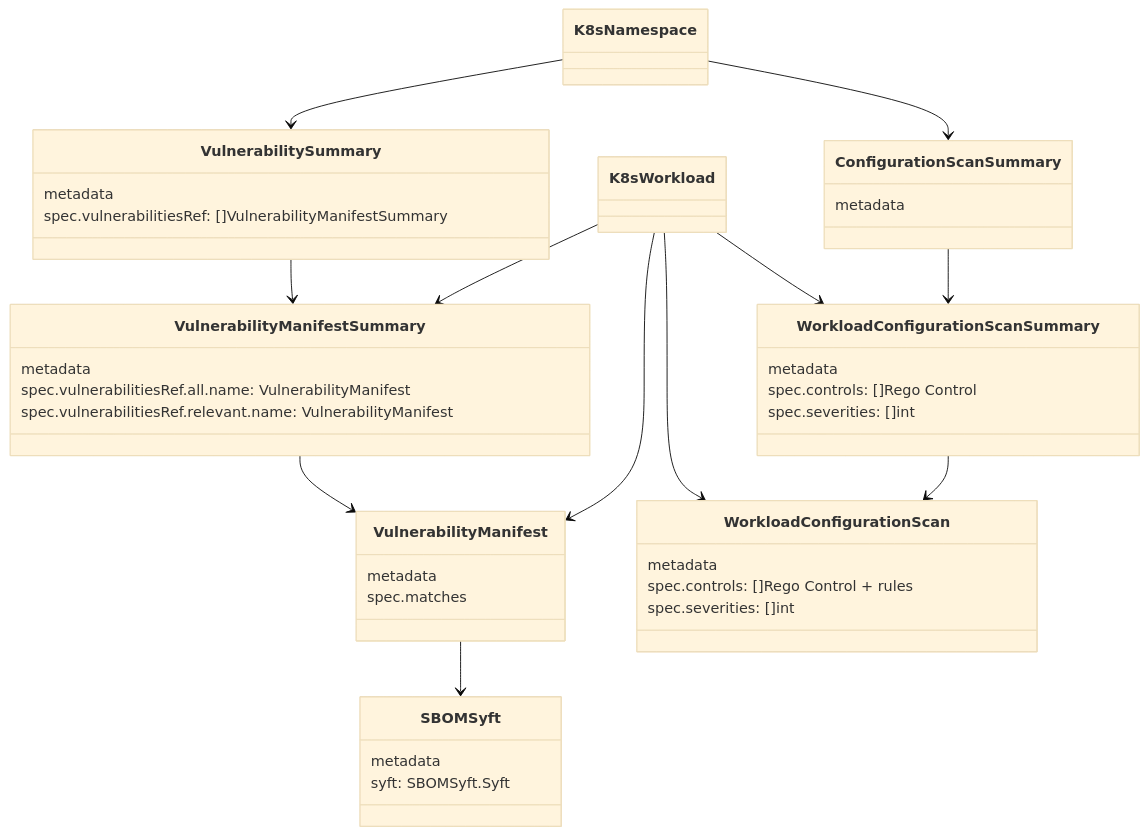
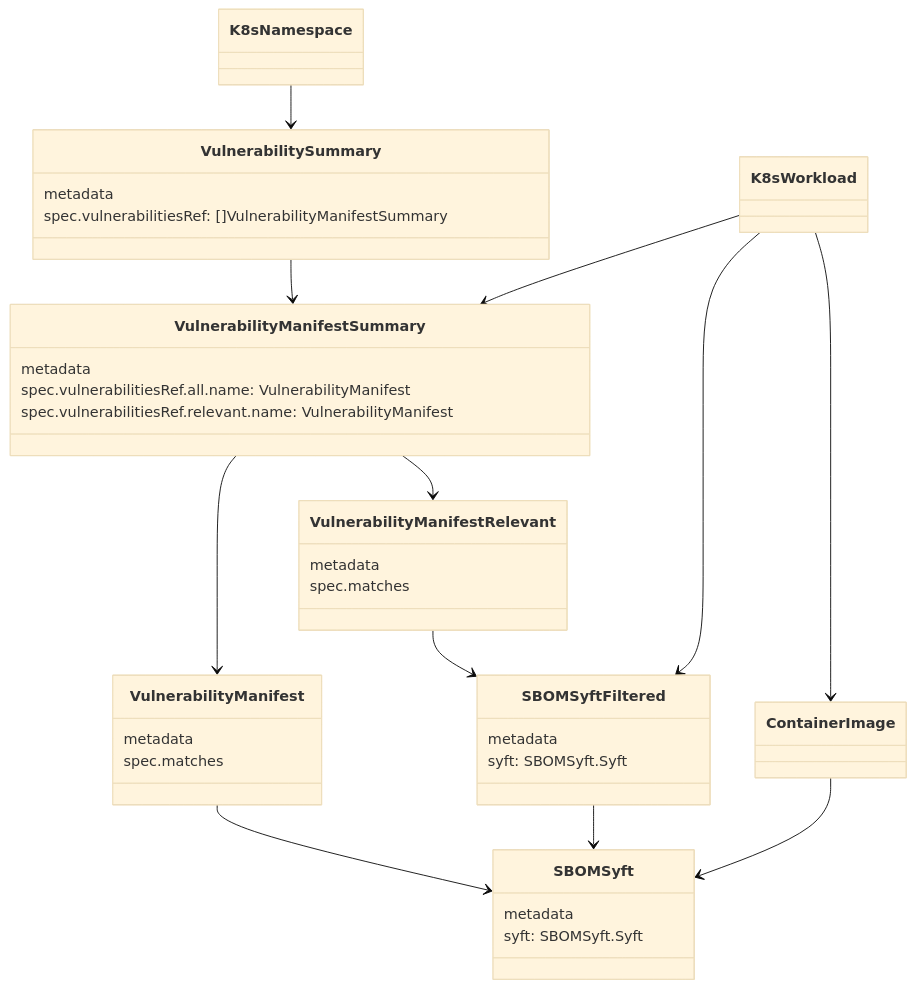
The first of 2 diagrams in docs/kubescape-model.md (kubebeam/kubescape-headlamp-plugin), drawn with Mermaid (base theme) before and after one commit. The commit also changed other lines of this file and 1 other file, not shown here.

Commit message:
fix: layout compliance

````diff
--- a/docs/kubescape-model.md
+++ b/docs/kubescape-model.md
@@ -5,56 +7,48 @@
 ```mermaid
 
  classDiagram
 
     class VulnerabilityManifestSummary {
         metadata
         spec.vulnerabilitiesRef.all.name: VulnerabilityManifest
         spec.vulnerabilitiesRef.relevant.name: VulnerabilityManifest
     }
 
     class VulnerabilityManifest {
         metadata
         spec.matches
     }
 
+     class VulnerabilityManifestRelevant {
+        metadata
+        spec.matches
+    }
+
     class VulnerabilitySummary {
         metadata
         spec.vulnerabilitiesRef: []VulnerabilityManifestSummary
     }
 
     class SBOMSyft {
         metadata
         syft: SBOMSyft.Syft
     }
 
+     class SBOMSyftFiltered {
+        metadata
+        syft: SBOMSyft.Syft
+    }
+
     VulnerabilityManifestSummary --> VulnerabilityManifest
+    VulnerabilityManifestSummary --> VulnerabilityManifestRelevant
     VulnerabilitySummary --> VulnerabilityManifestSummary
     VulnerabilityManifest --> SBOMSyft
+    VulnerabilityManifestRelevant --> SBOMSyftFiltered
+    SBOMSyftFiltered --> SBOMSyft
 
     K8sNamespace --> VulnerabilitySummary
-    K8sWorkload --> VulnerabilityManifest
+    K8sWorkload --> ContainerImage
+    ContainerImage --> SBOMSyft
     K8sWorkload --> VulnerabilityManifestSummary
-
-    class ConfigurationScanSummary {
-        metadata
-    }
-
-    class WorkloadConfigurationScan {
-        metadata
-        spec.controls: []Rego Control + rules
-        spec.severities: []int
-    }
-
-    class WorkloadConfigurationScanSummary {
-        metadata
-        spec.controls: []Rego Control
-        spec.severities: []int
-    }
-
-    K8sNamespace --> ConfigurationScanSummary
-    K8sWorkload --> WorkloadConfigurationScan
-    K8sWorkload --> WorkloadConfigurationScanSummary
-    ConfigurationScanSummary --> WorkloadConfigurationScanSummary
-    WorkloadConfigurationScanSummary --> WorkloadConfigurationScan
-
+    K8sWorkload --> SBOMSyftFiltered
 ```
````
